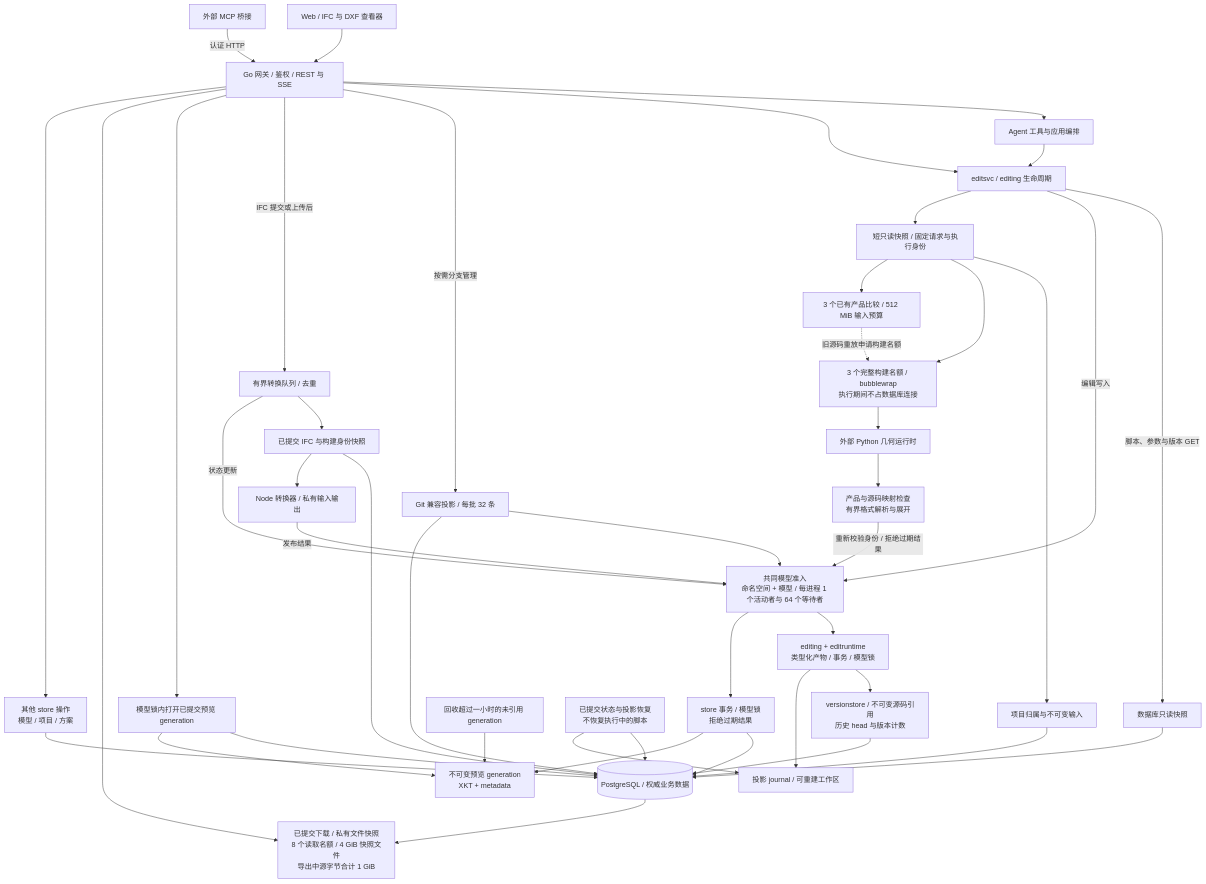
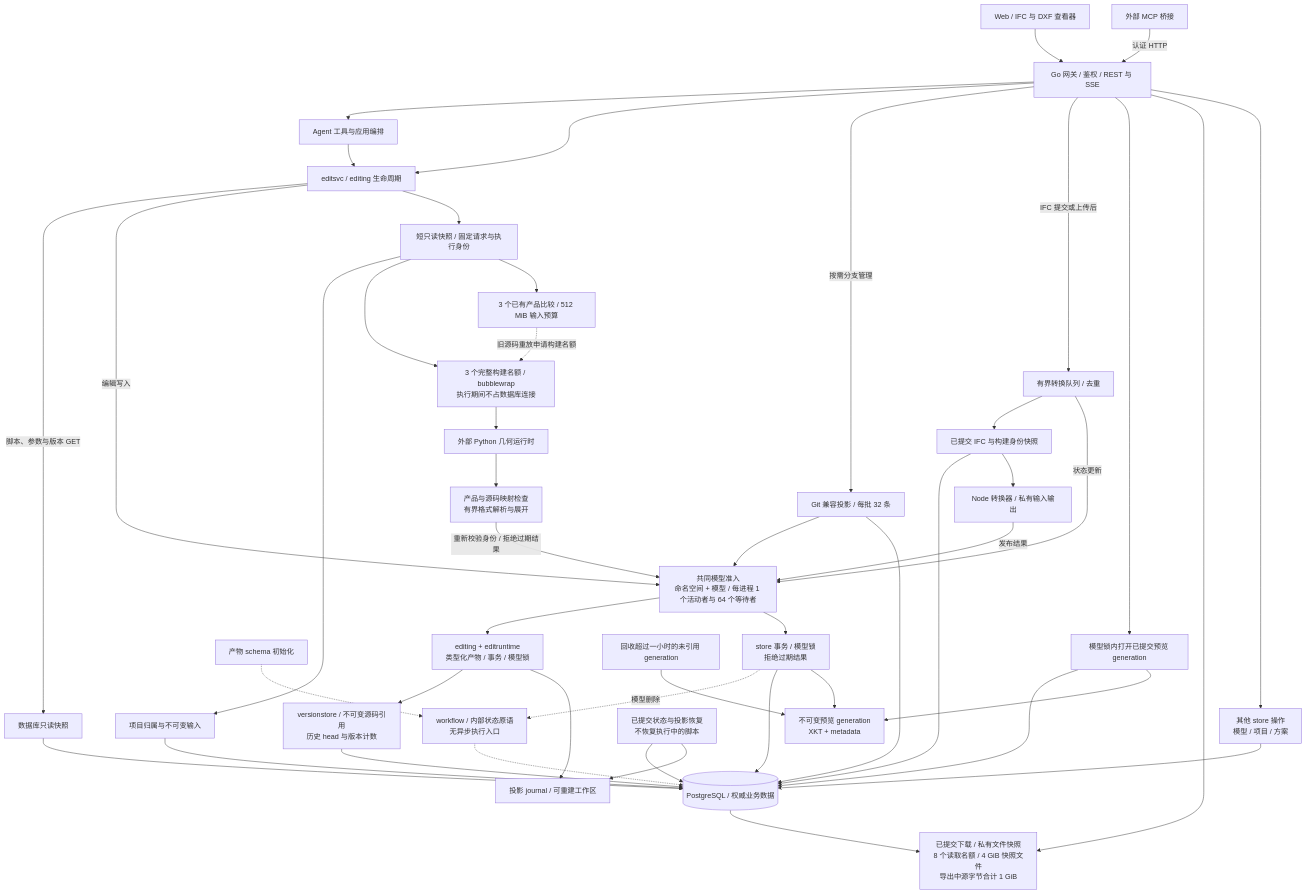
Before and after one commit to 0702hjj/SourceAEC: the first of 2 diagrams in README.zh-CN.md, drawn with Mermaid. The commit also changed other lines of this file and 18 other files, not shown here.

````diff
--- a/README.zh-CN.md
+++ b/README.zh-CN.md
@@ -16,46 +16,49 @@
 ```mermaid
 flowchart TB
     WEB[Web / IFC 与 DXF 查看器] --> API[Go 网关 / 鉴权 / REST 与 SSE]
     MCP[外部 MCP 桥接] -->|认证 HTTP| API
     API --> AGENT[Agent 工具与应用编排]
     API --> EDIT[editsvc / editing 生命周期]
     AGENT --> EDIT
     EDIT -->|脚本、参数与版本 GET| READ[数据库只读快照]
     READ --> PG[(PostgreSQL / 权威业务数据)]
     EDIT -->|编辑写入| GATE[共同模型准入<br/>命名空间 + 模型 / 每进程 1 个活动者与 64 个等待者]
     GATE --> WRITE[editing + editruntime<br/>类型化产物 / 事务 / 模型锁]
     WRITE --> VERSION[versionstore / 不可变源码引用<br/>历史 head 与版本计数]
     VERSION --> PG
+    SCHEMA[产物 schema 初始化] -.-> WF[workflow / 内部状态原语<br/>无异步执行入口]
+    WF -.-> PG
+    DERIVED -.模型删除.-> WF
     API -->|按需分支管理| GIT[Git 兼容投影 / 每批 32 条]
     GIT --> GATE
     GIT --> PG
     EDIT --> PREP[短只读快照 / 固定请求与执行身份]
     PREP --> INPUT[项目归属与不可变输入]
     INPUT --> PG
     PREP --> SANDBOX[3 个完整构建名额 / bubblewrap<br/>执行期间不占数据库连接]
     PREP --> COMPARE[3 个已有产品比较 / 512 MiB 输入预算]
     COMPARE -.->|旧源码重放申请构建名额| SANDBOX
     SANDBOX --> PY[外部 Python 几何运行时]
     PY --> INSPECT[产品与源码映射检查<br/>有界格式解析与展开]
     INSPECT -->|重新校验身份 / 拒绝过期结果| GATE
     WRITE --> JOURNAL[投影 journal / 可重建工作区]
     API -->|IFC 提交或上传后| QUEUE[有界转换队列 / 去重]
     QUEUE --> SOURCE[已提交 IFC 与构建身份快照]
     SOURCE --> PG
     SOURCE --> NODE[Node 转换器 / 私有输入输出]
     NODE -->|发布结果| GATE
     QUEUE -->|状态更新| GATE
     GATE --> DERIVED[store 事务 / 模型锁<br/>拒绝过期结果]
     DERIVED --> PG
     DERIVED --> CACHE[不可变预览 generation<br/>XKT + metadata]
     API --> VIEW[模型锁内打开已提交预览 generation]
     VIEW --> PG
     VIEW --> CACHE
     API --> DOWNLOAD[已提交下载 / 私有文件快照<br/>8 个读取名额 / 4 GiB 快照文件<br/>导出中源字节合计 1 GiB]
     PG --> DOWNLOAD
     GC[回收超过一小时的未引用 generation] --> CACHE
     RECOVER[已提交状态与投影恢复<br/>不恢复执行中的脚本] --> PG
     RECOVER --> JOURNAL
     API --> OTHER[其他 store 操作<br/>模型 / 项目 / 方案]
     OTHER --> PG
 ```
````
